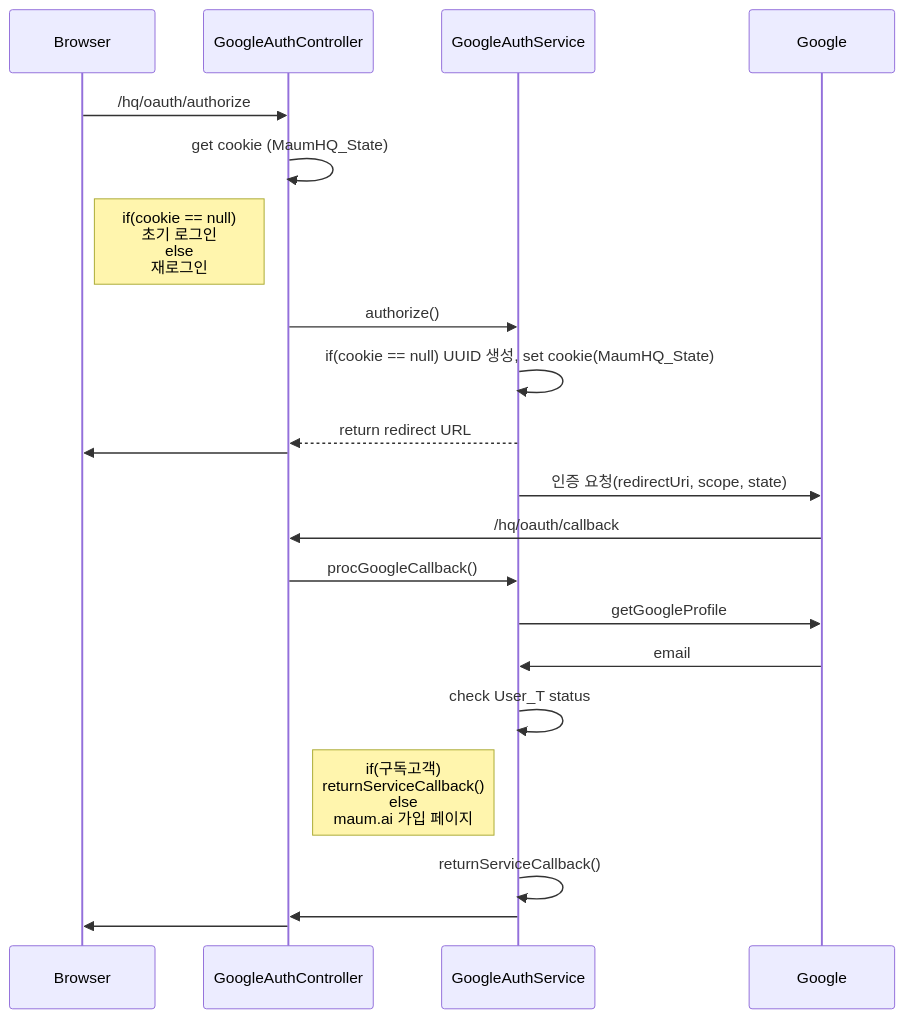
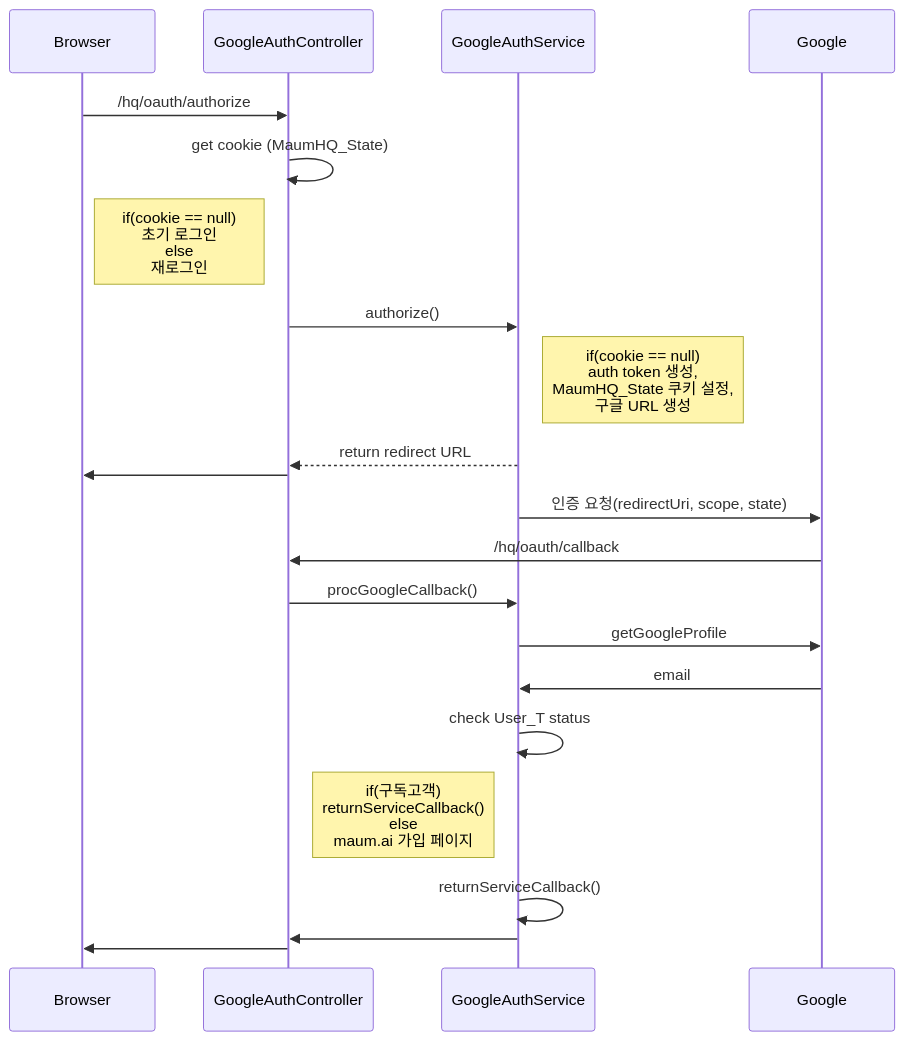
The first of 2 diagrams in Architecture.md (Ye-Jun/SSO), drawn with Mermaid before and after one commit. The commit also changed other lines of this file, not shown here.

Commit message:
Architecture.md updated from https://stackedit.io/

````diff
--- a/Architecture.md
+++ b/Architecture.md
@@ -3,21 +3,21 @@
 ```mermaid
 sequenceDiagram
 Browser ->> GoogleAuthController : /hq/oauth/authorize
 GoogleAuthController ->> GoogleAuthController : get cookie (MaumHQ_State)
 Note left of GoogleAuthController: if(cookie == null)<br/>초기 로그인<br/> else<br/>재로그인
 GoogleAuthController ->> GoogleAuthService : authorize()
-GoogleAuthService ->> GoogleAuthService : if(cookie == null) UUID 생성, set cookie(MaumHQ_State)
+Note right of GoogleAuthService : if(cookie == null) <br/>auth token 생성,<br/> MaumHQ_State 쿠키 설정, <br/>구글 URL 생성
 GoogleAuthService -->> GoogleAuthController : return redirect URL
 GoogleAuthController ->> Browser : 
 GoogleAuthService ->> Google : 인증 요청(redirectUri, scope, state)
 Google ->> GoogleAuthController : /hq/oauth/callback
 GoogleAuthController ->> GoogleAuthService : procGoogleCallback()
 GoogleAuthService ->> Google : getGoogleProfile
 Google ->> GoogleAuthService : email
 GoogleAuthService ->> GoogleAuthService : check User_T status
 Note left of GoogleAuthService : if(구독고객)<br/>returnServiceCallback()<br/>else<br/>maum.ai 가입 페이지
 GoogleAuthService ->> GoogleAuthService : returnServiceCallback()
 GoogleAuthService ->> GoogleAuthController : 
 GoogleAuthController ->> Browser : 
 
 ```
````
